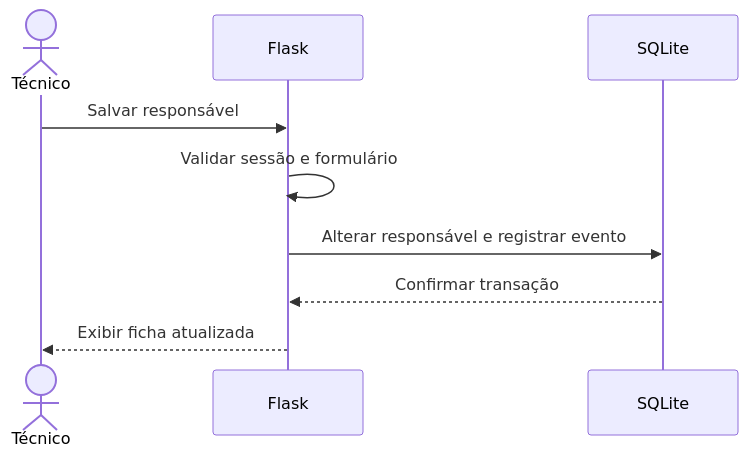
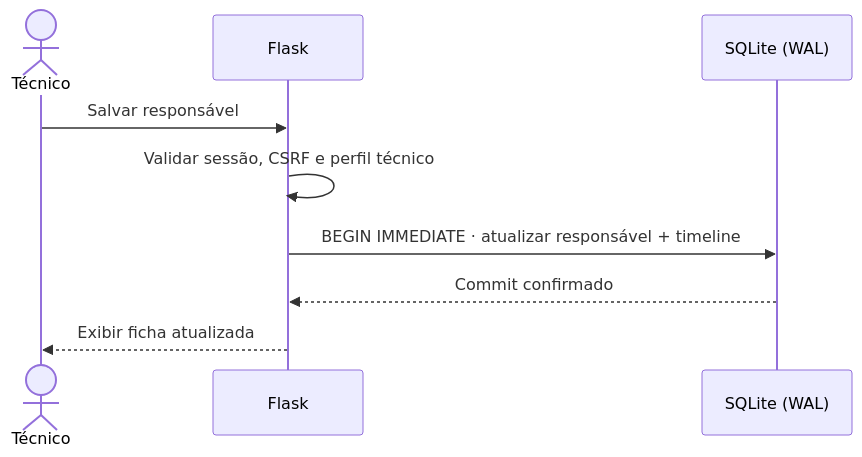
Before and after one commit to samu0752/sxs-ti: the fourth of 4 diagrams in docs/DIAGRAMAS.md, drawn with Mermaid. The commit also changed other lines of this file and 1 other file, not shown here.

Commit message:
docs: atualize os diagramas e os controles da versão 1.1.0

````diff
--- a/docs/DIAGRAMAS.md
+++ b/docs/DIAGRAMAS.md
@@ -69,11 +52,11 @@
-~~~mermaid
+```mermaid
 sequenceDiagram
     actor T as Técnico
     participant F as Flask
-    participant D as SQLite
+    participant D as SQLite (WAL)
     T->>F: Salvar responsável
-    F->>F: Validar sessão e formulário
-    F->>D: Alterar responsável e registrar evento
-    D-->>F: Confirmar transação
+    F->>F: Validar sessão, CSRF e perfil técnico
+    F->>D: BEGIN IMMEDIATE · atualizar responsável + timeline
+    D-->>F: Commit confirmado
     F-->>T: Exibir ficha atualizada
-~~~
+```
````
